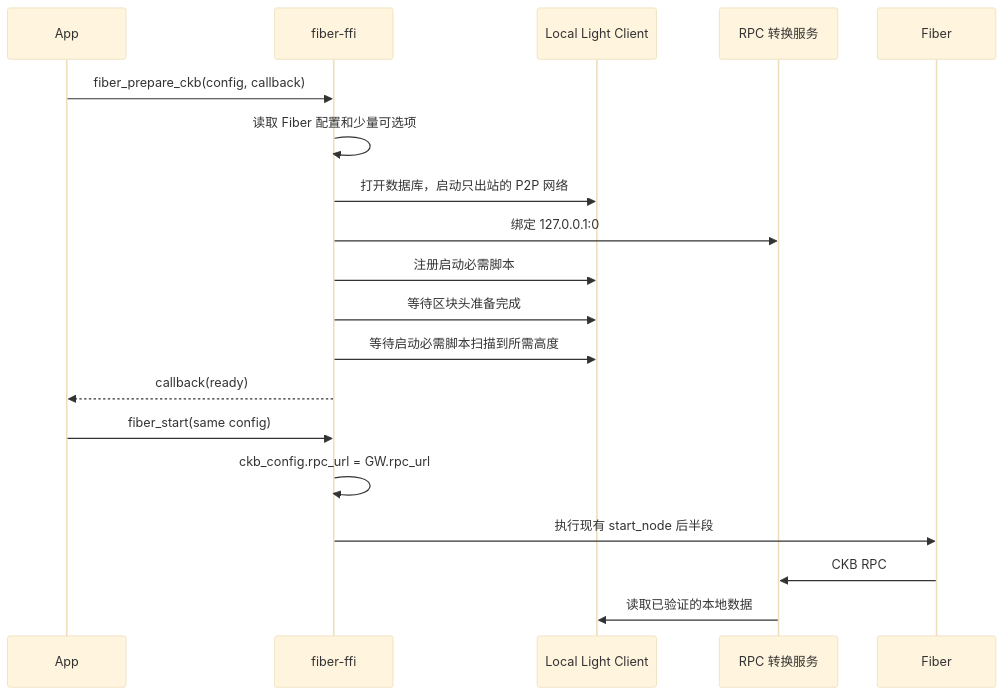
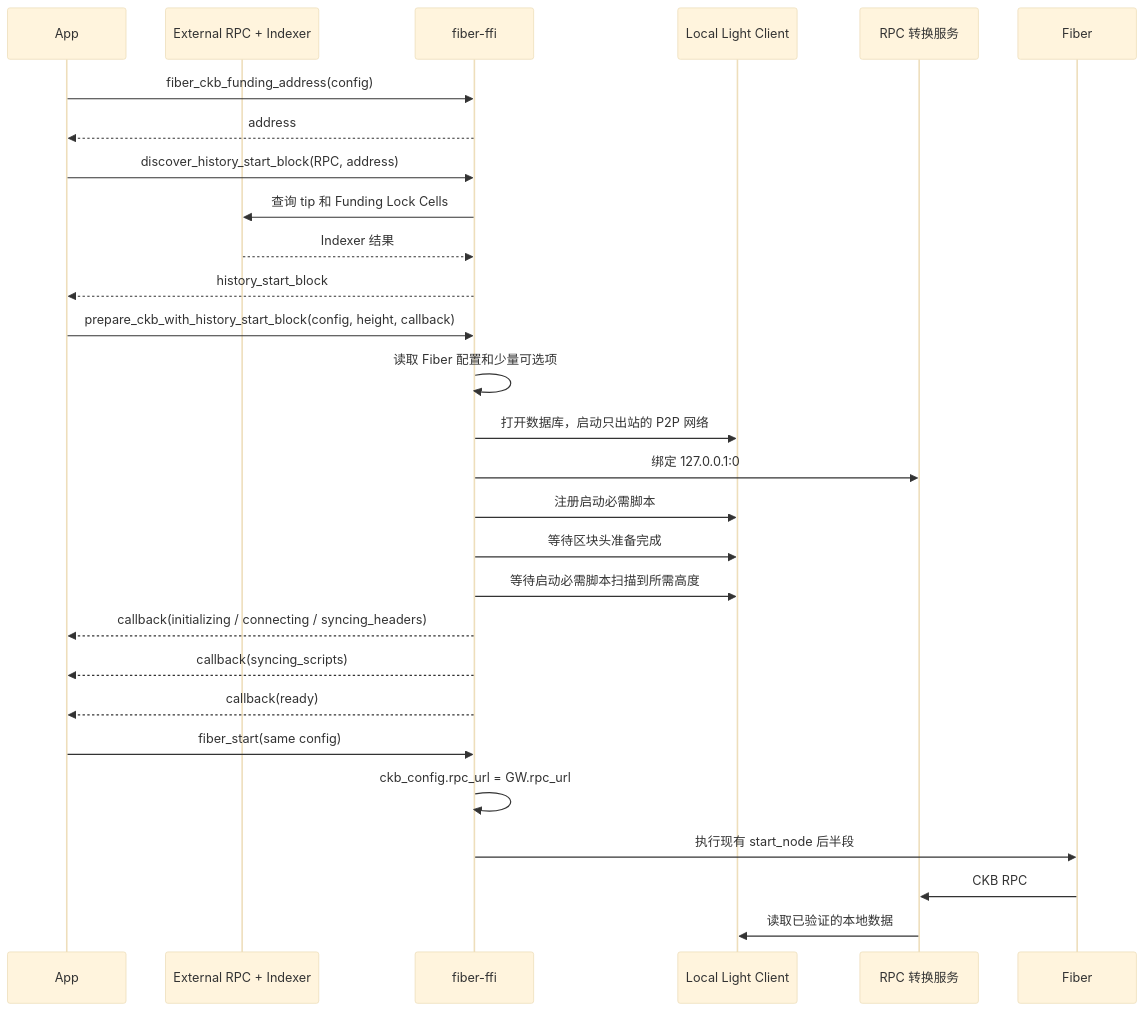
The second of 2 diagrams in docs/ckb-light-client-integration.md (joii2020/fiber-ffi), drawn with Mermaid (base theme) before and after one commit. The commit also changed other lines of this file and 89 other files, not shown here.

````diff
--- a/docs/ckb-light-client-integration.md
+++ b/docs/ckb-light-client-integration.md
@@ -248,22 +277,31 @@
 ```mermaid
 sequenceDiagram
     participant App
+    participant RPC as External RPC + Indexer
     participant FFI as fiber-ffi
     participant LC as Local Light Client
     participant GW as RPC 转换服务
     participant Fiber
 
-    App->>FFI: fiber_prepare_ckb(config, callback)
+    App->>FFI: fiber_ckb_funding_address(config)
+    FFI-->>App: address
+    App->>FFI: discover_history_start_block(RPC, address)
+    FFI->>RPC: 查询 tip 和 Funding Lock Cells
+    RPC-->>FFI: Indexer 结果
+    FFI-->>App: history_start_block
+    App->>FFI: prepare_ckb_with_history_start_block(config, height, callback)
     FFI->>FFI: 读取 Fiber 配置和少量可选项
     FFI->>LC: 打开数据库，启动只出站的 P2P 网络
     FFI->>GW: 绑定 127.0.0.1:0
     FFI->>LC: 注册启动必需脚本
     FFI->>LC: 等待区块头准备完成
     FFI->>LC: 等待启动必需脚本扫描到所需高度
+    FFI-->>App: callback(initializing / connecting / syncing_headers)
+    FFI-->>App: callback(syncing_scripts)
     FFI-->>App: callback(ready)
     App->>FFI: fiber_start(same config)
     FFI->>FFI: ckb_config.rpc_url = GW.rpc_url
     FFI->>Fiber: 执行现有 start_node 后半段
     Fiber->>GW: CKB RPC
     GW->>LC: 读取已验证的本地数据
 ```
````
